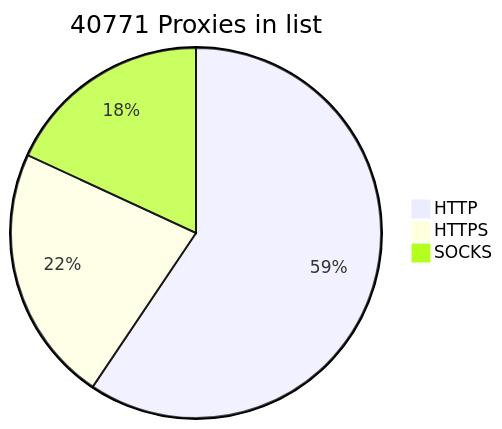
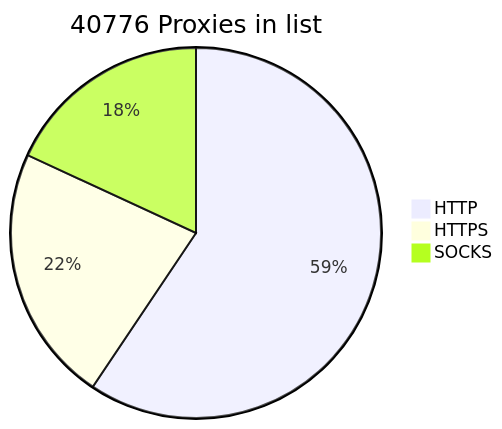
The diagram in README.md (BlackSnowDot/proxylist-update-every-minute), drawn with Mermaid before and after one commit.

````diff
--- a/README.md
+++ b/README.md
@@ -2,6 +2,6 @@
 ```mermaid
-pie title 40771 Proxies in list
-    "HTTP" : 28409
+pie title 40776 Proxies in list
+    "HTTP" : 28410
     "HTTPS": 10754
-    "SOCKS" : 8655
+    "SOCKS" : 8660
 ```
````
